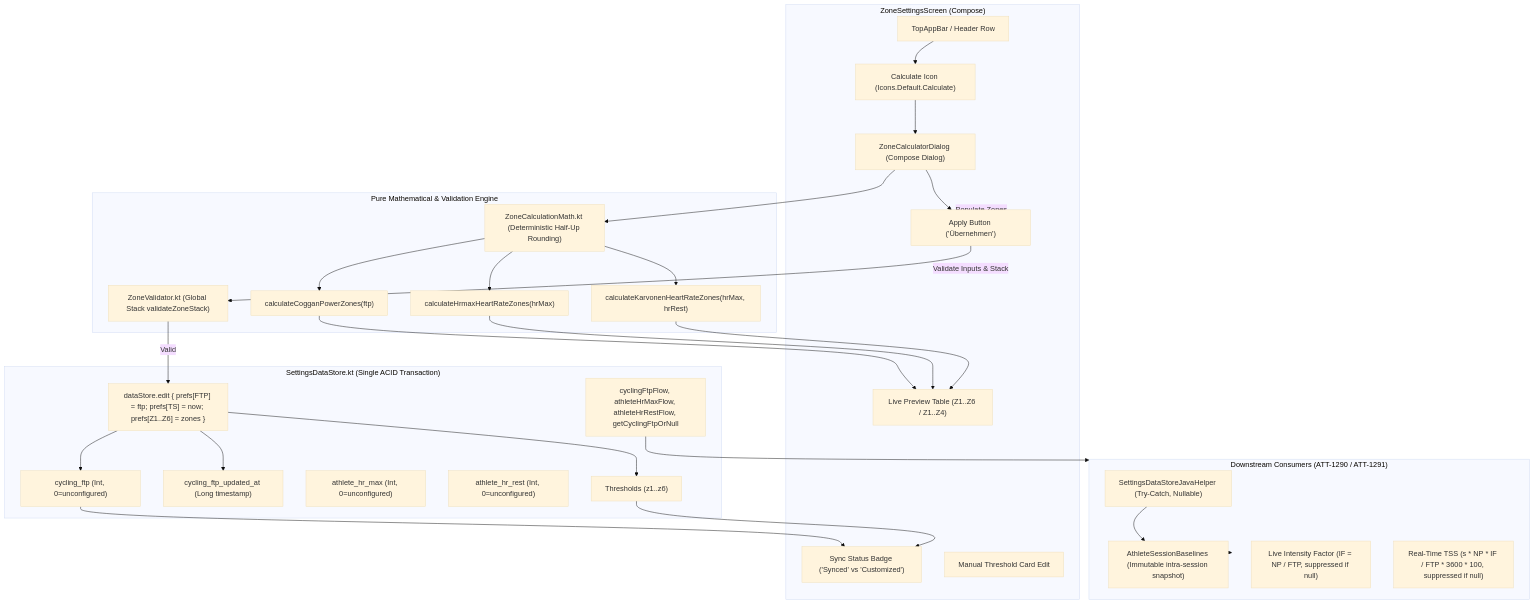
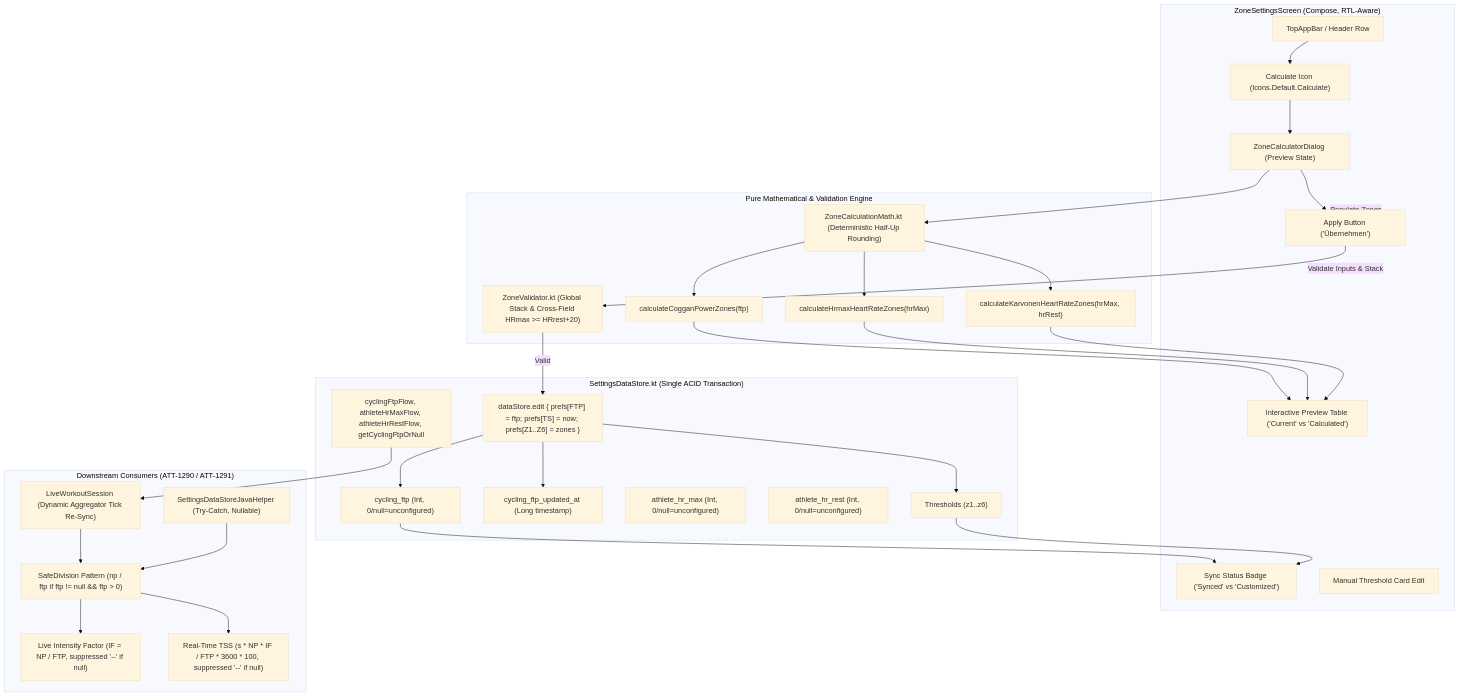
One commit to rainerblind/aTrainingTracker changed the diagram in docs/engineering/analysis/ATT-3188_analysis.md. Above: the diagram before and after it, drawn with Mermaid (base theme). The commit also changed other lines of this file, not shown here.

Commit message:
docs(analysis): address SafeDivision, cross-field validation, session dynamics, and RTL support (ATT-3188)

````diff
--- a/docs/engineering/analysis/ATT-3188_analysis.md
+++ b/docs/engineering/analysis/ATT-3188_analysis.md
@@ -283,58 +265,60 @@
 ```mermaid
 flowchart TD
-    subgraph UI ["ZoneSettingsScreen (Compose)"]
+    subgraph UI ["ZoneSettingsScreen (Compose, RTL-Aware)"]
         TopBar["TopAppBar / Header Row"]
         CalcBtn["Calculate Icon (Icons.Default.Calculate)"]
         SyncBadge["Sync Status Badge ('Synced' vs 'Customized')"]
-        Dialog["ZoneCalculatorDialog (Compose Dialog)"]
-        Preview["Live Preview Table (Z1..Z6 / Z1..Z4)"]
+        Dialog["ZoneCalculatorDialog (Preview State)"]
+        Preview["Interactive Preview Table ('Current' vs 'Calculated')"]
         ApplyBtn["Apply Button ('Übernehmen')"]
         ManualEdit["Manual Threshold Card Edit"]
     end
 
     subgraph Domain ["Pure Mathematical & Validation Engine"]
-        Validator["ZoneValidator.kt (Global Stack validateZoneStack)"]
+        Validator["ZoneValidator.kt (Global Stack & Cross-Field HRmax >= HRrest+20)"]
         Math["ZoneCalculationMath.kt (Deterministic Half-Up Rounding)"]
         Coggan["calculateCogganPowerZones(ftp)"]
         Hrmax["calculateHrmaxHeartRateZones(hrMax)"]
         Karvonen["calculateKarvonenHeartRateZones(hrMax, hrRest)"]
     end
 
     subgraph DataStore ["SettingsDataStore.kt (Single ACID Transaction)"]
         AtomicCommit["dataStore.edit { prefs[FTP] = ftp; prefs[TS] = now; prefs[Z1..Z6] = zones }"]
-        PrefFTP["cycling_ftp (Int, 0=unconfigured)"]
+        PrefFTP["cycling_ftp (Int, 0/null=unconfigured)"]
         PrefTS["cycling_ftp_updated_at (Long timestamp)"]
-        PrefHRMax["athlete_hr_max (Int, 0=unconfigured)"]
-        PrefHRRest["athlete_hr_rest (Int, 0=unconfigured)"]
+        PrefHRMax["athlete_hr_max (Int, 0/null=unconfigured)"]
+        PrefHRRest["athlete_hr_rest (Int, 0/null=unconfigured)"]
         PrefZones["Thresholds (z1..z6)"]
         Flows["cyclingFtpFlow, athleteHrMaxFlow, athleteHrRestFlow, getCyclingFtpOrNull"]
     end
 
     subgraph Downstream ["Downstream Consumers (ATT-1290 / ATT-1291)"]
         JavaHelper["SettingsDataStoreJavaHelper (Try-Catch, Nullable)"]
-        Snapshot["AthleteSessionBaselines (Immutable intra-session snapshot)"]
-        IF["Live Intensity Factor (IF = NP / FTP, suppressed if null)"]
-        TSS["Real-Time TSS (s * NP * IF / FTP * 3600 * 100, suppressed if null)"]
+        SafeDiv["SafeDivision Pattern (np / ftp if ftp != null && ftp > 0)"]
+        LiveSession["LiveWorkoutSession (Dynamic Aggregator Tick Re-Sync)"]
+        IF["Live Intensity Factor (IF = NP / FTP, suppressed '--' if null)"]
+        TSS["Real-Time TSS (s * NP * IF / FTP * 3600 * 100, suppressed '--' if null)"]
     end
 
     TopBar --> CalcBtn
     CalcBtn --> Dialog
     Dialog --> Math
     Math --> Coggan
     Math --> Hrmax
     Math --> Karvonen
     Coggan --> Preview
     Hrmax --> Preview
     Karvonen --> Preview
     Dialog --> ApplyBtn
     ApplyBtn -->|Validate Inputs & Stack| Validator
     Validator -->|Valid| AtomicCommit
     AtomicCommit --> PrefFTP
     AtomicCommit --> PrefTS
     AtomicCommit --> PrefZones
     ApplyBtn -->|Populate Zones| UI
     PrefFTP & PrefZones --> SyncBadge
-    Flows --> Downstream
-    JavaHelper --> Snapshot
-    Snapshot --> Downstream
+    Flows --> LiveSession
+    LiveSession --> SafeDiv
+    JavaHelper --> SafeDiv
+    SafeDiv --> IF & TSS
 ```
````
